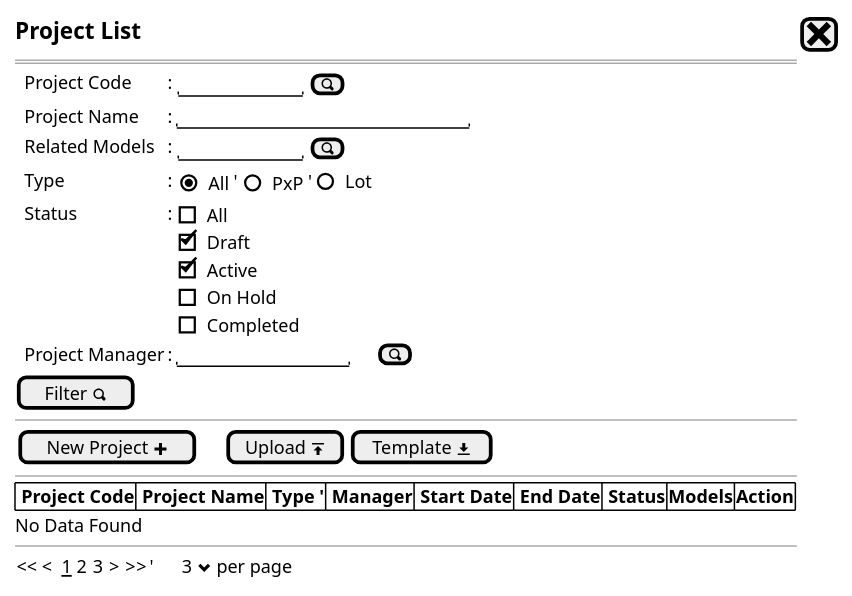
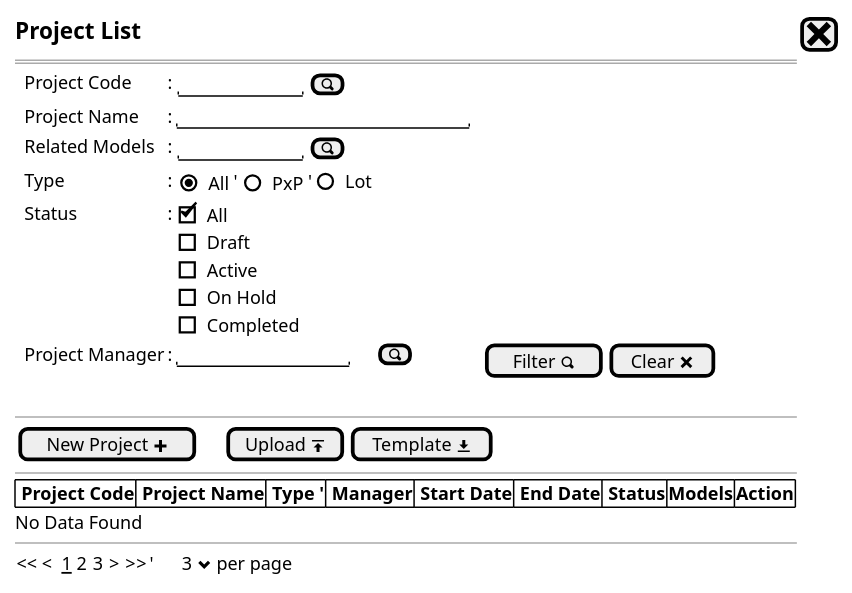
The diagram in Project/project - new step0.puml (ari-fikri/packing-cost-mockup), drawn with PlantUML before and after one commit. The commit also changed 4 other files, not shown here.

Commit message:
- Add Clear filter button - Remove PM search button's caption

```diff
--- a/Project/project - new step0.puml
+++ b/Project/project - new step0.puml
@@ -1,36 +1,35 @@
 @startsalt
 {
   <size:15><b>Project List|[<size:25><&x>]|*
   ==
   {
     .|Project Code      |: {|"          "|[<&magnifying-glass>]|}*
     .|Project Name      |: |"                        "|*    
     .|Related Models    |: {|"          "| [<&magnifying-glass>]|}*
     .|Type              |: {|{(X)All}   '|    {()PxP}        '|   ()Lot}
     .|Status |:|
     {
-      [ ] All
-      [X] Draft
-      [X] Active
-      [ ] On Hold
-      [ ] Completed
+      [X] All
+      [] Draft
+      [] Active
+      [] On Hold
+      [] Completed
     }|*
-    .|Project Manager |: |"              "|[<&magnifying-glass>]|*
+    .|Project Manager |: |"              "|[<&magnifying-glass>]|.|[Filter <&magnifying-glass>]|[Clear <&x>]
   }
-  [Filter <&magnifying-glass>]|
   .
   --
   {
-  [New Project <&plus>]||.|.|.|[Upload <&data-transfer-upload>]| [Template <&data-transfer-download>]|*
+  [New Project <&plus>]|.|.|.|[Upload <&data-transfer-upload>]| [Template <&data-transfer-download>]|*
   }
   --
   {#
     |<b> Project Code    |<b> Project Name          |<b> Type '|<b> Manager         |<b> Start Date |<b> End Date   |<b> Status     |<b>Models     |<b>Action |*|*|*|*|*|*|*
   }
   No Data Found
   --
   {
   << <  __1__ 2 3  > >>  |'      3 <&chevron-bottom> per page |*
   }
 }
 @endsalt
```
